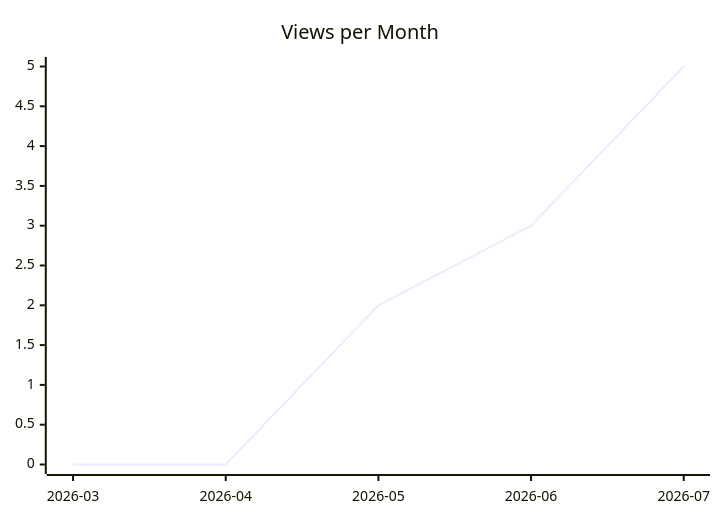
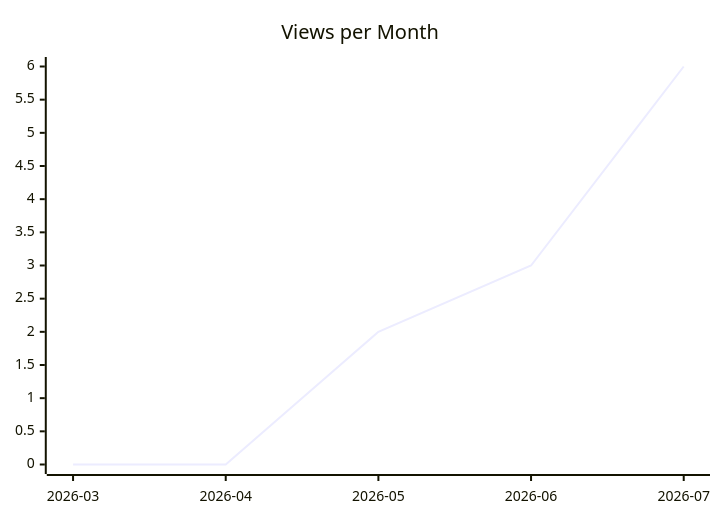
The second of 3 diagrams in karlmdavis/justdavis-karl/README.md (justdavis-family/github-analytics-data), drawn with Mermaid before and after one commit. The commit also changed other lines of this file and 186 other files, not shown here.

````diff
--- a/karlmdavis/justdavis-karl/README.md
+++ b/karlmdavis/justdavis-karl/README.md
@@ -12,6 +12,6 @@
 ```mermaid
 xychart-beta
   title "Views per Month"
   x-axis ["2026-03", "2026-04", "2026-05", "2026-06", "2026-07"]
-  line [0, 0, 2, 3, 5]
+  line [0, 0, 2, 3, 6]
 ```
````
